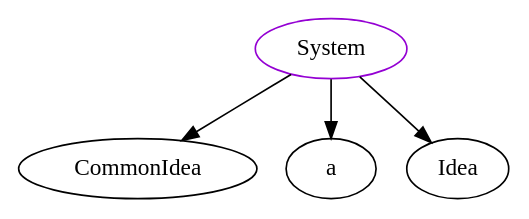
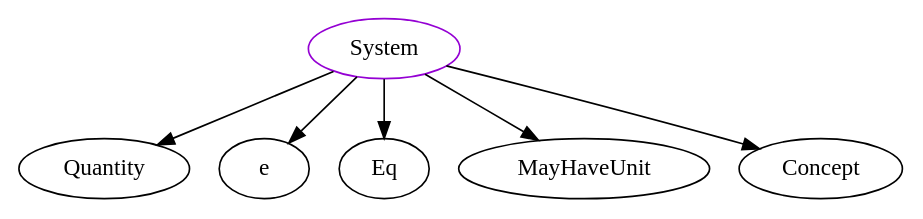
Before and after one commit to JacquesCarette/Drasil: the diagram in analysis/TypeDependencyGraphs/system/System.dot, drawn with Graphviz. The commit also changed 775 other files, not shown here.

```diff
--- a/analysis/TypeDependencyGraphs/system/System.dot
+++ b/analysis/TypeDependencyGraphs/system/System.dot
@@ -1,6 +1,8 @@
 digraph system{
 System	[shape=oval, color=darkviolet, label="System"];
-System -> CommonIdea;
-System -> a;
-System -> Idea;
+System -> Quantity;
+System -> e;
+System -> Eq;
+System -> MayHaveUnit;
+System -> Concept;
 }
```
